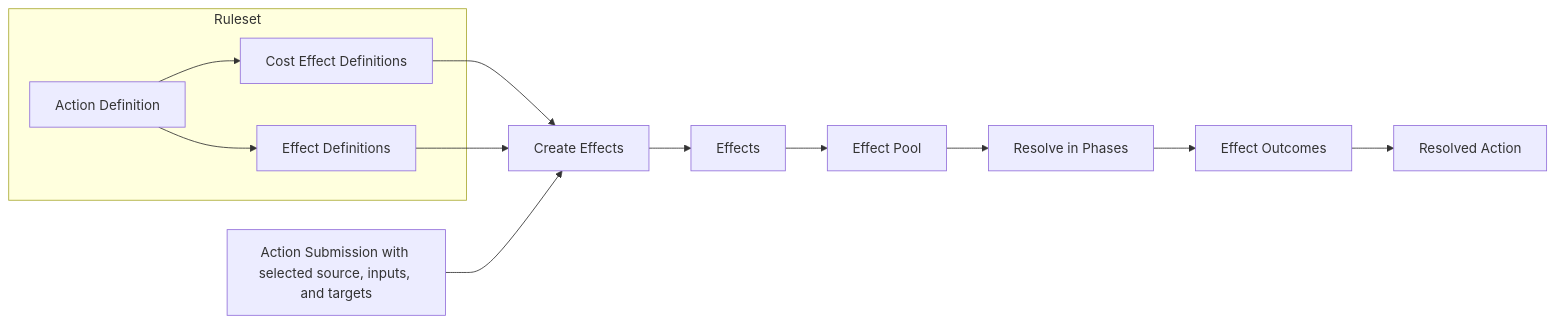
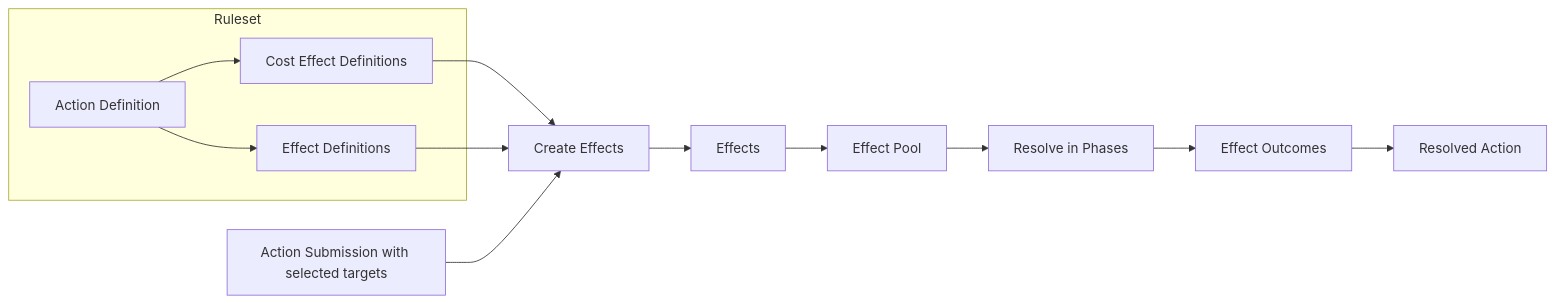
Before and after one commit to Guillaume-Docquier/text-based-browser-game-1: the diagram in docs/architecture/turn-resolution.md, drawn with Mermaid. The commit also changed other lines of this file and 332 other files, not shown here.

````diff
--- a/docs/architecture/turn-resolution.md
+++ b/docs/architecture/turn-resolution.md
@@ -27,11 +27,11 @@
 ```mermaid
 flowchart LR
   subgraph Ruleset
     AD[Action Definition] --> C[Cost Effect Definitions]
     AD --> D[Effect Definitions]
   end
   C --> Create[Create Effects]
   D --> Create
-  S[Action Submission with selected source, inputs, and targets] --> Create
+  S[Action Submission with selected targets] --> Create
   Create --> E[Effects] --> P[Effect Pool] --> R[Resolve in Phases] --> O[Effect Outcomes] --> A[Resolved Action]
 ```
````
